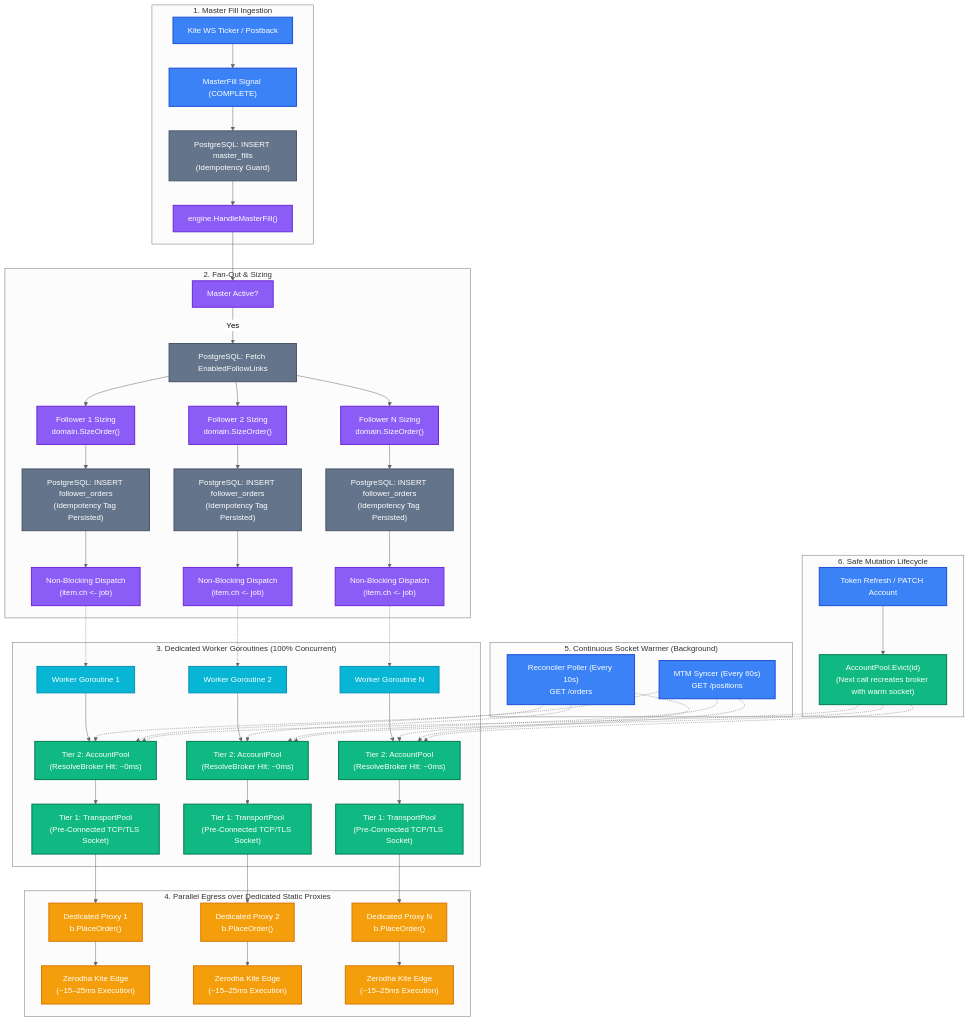
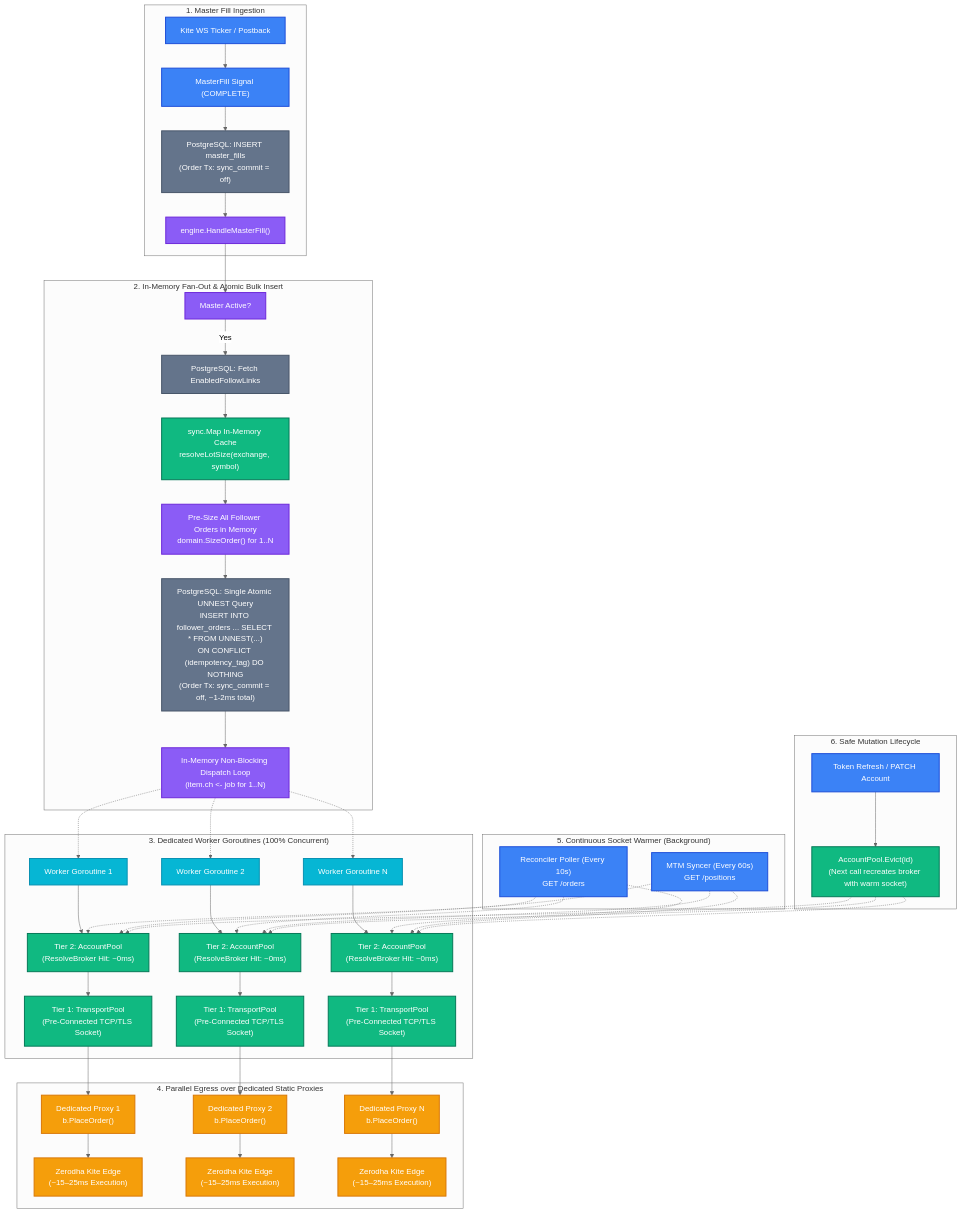
Before and after one commit to DragoHex/EnvoyTrade: the first of 2 diagrams in docs/FAN_OUT_MECHANISM_V2.md, drawn with Mermaid (neutral theme). The commit also changed other lines of this file and 5 other files, not shown here.

First line of the commit message:
docs: update V2 fan-out architecture specification and add optimization plans

````diff
--- a/docs/FAN_OUT_MECHANISM_V2.md
+++ b/docs/FAN_OUT_MECHANISM_V2.md
@@ -9,73 +9,68 @@
 ```mermaid
 flowchart TD
     %% Styling
     classDef signal fill:#3b82f6,stroke:#1d4ed8,color:#ffffff,stroke-width:2px;
     classDef engine fill:#8b5cf6,stroke:#6d28d9,color:#ffffff,stroke-width:2px;
     classDef worker fill:#06b6d4,stroke:#0891b2,color:#ffffff,stroke-width:2px;
     classDef cache fill:#10b981,stroke:#047857,color:#ffffff,stroke-width:2px;
     classDef network fill:#f59e0b,stroke:#d97706,color:#ffffff,stroke-width:2px;
     classDef db fill:#64748b,stroke:#475569,color:#ffffff,stroke-width:2px;
 
     %% 1. Ingestion
     subgraph S1["1. Master Fill Ingestion"]
         WS["Kite WS Ticker / Postback"]:::signal --> MF["MasterFill Signal (COMPLETE)"]:::signal
-        MF --> DBM["PostgreSQL: INSERT master_fills<br/>(Idempotency Guard)"]:::db
+        MF --> DBM["PostgreSQL: INSERT master_fills<br/>(Order Tx: sync_commit = off)"]:::db
         DBM --> HMF["engine.HandleMasterFill()"]:::engine
     end
 
-    %% 2. Engine Fan-Out & Sizing
-    subgraph S2["2. Fan-Out & Sizing"]
+    %% 2. Engine Fan-Out & Bulk Sizing
+    subgraph S2["2. In-Memory Fan-Out & Atomic Bulk Insert"]
         HMF --> CHK["Master Active?"]:::engine
         CHK -- Yes --> EFL["PostgreSQL: Fetch EnabledFollowLinks"]:::db
         
-        EFL --> F1["Follower 1 Sizing<br/>domain.SizeOrder()"]:::engine
-        EFL --> F2["Follower 2 Sizing<br/>domain.SizeOrder()"]:::engine
-        EFL --> FN["Follower N Sizing<br/>domain.SizeOrder()"]:::engine
+        EFL --> LOT["sync.Map In-Memory Cache<br/>resolveLotSize(exchange, symbol)"]:::cache
+        LOT --> SIZE["Pre-Size All Follower Orders in Memory<br/>domain.SizeOrder() for 1..N"]:::engine
 
-        F1 --> DB1["PostgreSQL: INSERT follower_orders<br/>(Idempotency Tag Persisted)"]:::db
-        F2 --> DB2["PostgreSQL: INSERT follower_orders<br/>(Idempotency Tag Persisted)"]:::db
-        FN --> DBN["PostgreSQL: INSERT follower_orders<br/>(Idempotency Tag Persisted)"]:::db
+        SIZE --> BULK["PostgreSQL: Single Atomic UNNEST Query<br/>INSERT INTO follower_orders ... SELECT * FROM UNNEST(...)<br/>ON CONFLICT (idempotency_tag) DO NOTHING<br/>(Order Tx: sync_commit = off, ~1-2ms total)"]:::db
 
-        DB1 --> DISP1["Non-Blocking Dispatch<br/>(item.ch <- job)"]:::engine
-        DB2 --> DISP2["Non-Blocking Dispatch<br/>(item.ch <- job)"]:::engine
-        DBN --> DISPN["Non-Blocking Dispatch<br/>(item.ch <- job)"]:::engine
+        BULK --> DISP["In-Memory Non-Blocking Dispatch Loop<br/>(item.ch <- job for 1..N)"]:::engine
     end
 
     %% 3. Worker Pool (Parallel Execution)
     subgraph S3["3. Dedicated Worker Goroutines (100% Concurrent)"]
-        DISP1 -.-> W1["Worker Goroutine 1"]:::worker
-        DISP2 -.-> W2["Worker Goroutine 2"]:::worker
-        DISPN -.-> WN["Worker Goroutine N"]:::worker
+        DISP -.-> W1["Worker Goroutine 1"]:::worker
+        DISP -.-> W2["Worker Goroutine 2"]:::worker
+        DISP -.-> WN["Worker Goroutine N"]:::worker
 
         W1 --> T2_1["Tier 2: AccountPool<br/>(ResolveBroker Hit: ~0ms)"]:::cache
         W2 --> T2_2["Tier 2: AccountPool<br/>(ResolveBroker Hit: ~0ms)"]:::cache
         WN --> T2_N["Tier 2: AccountPool<br/>(ResolveBroker Hit: ~0ms)"]:::cache
 
         T2_1 --> T1_1["Tier 1: TransportPool<br/>(Pre-Connected TCP/TLS Socket)"]:::cache
         T2_2 --> T1_2["Tier 1: TransportPool<br/>(Pre-Connected TCP/TLS Socket)"]:::cache
         T2_N --> T1_N["Tier 1: TransportPool<br/>(Pre-Connected TCP/TLS Socket)"]:::cache
     end
 
     %% 4. Network Egress
     subgraph S4["4. Parallel Egress over Dedicated Static Proxies"]
         T1_1 --> P1["Dedicated Proxy 1<br/>b.PlaceOrder()"]:::network
         T1_2 --> P2["Dedicated Proxy 2<br/>b.PlaceOrder()"]:::network
         T1_N --> PN["Dedicated Proxy N<br/>b.PlaceOrder()"]:::network
 
         P1 --> Z1["Zerodha Kite Edge<br/>(~15–25ms Execution)"]:::network
         P2 --> Z2["Zerodha Kite Edge<br/>(~15–25ms Execution)"]:::network
         PN --> ZN["Zerodha Kite Edge<br/>(~15–25ms Execution)"]:::network
     end
 
     %% 5. Continuous Keep-Alive Backstop
     subgraph S5["5. Continuous Socket Warmer (Background)"]
         RP["Reconciler Poller (Every 10s)<br/>GET /orders"]:::signal -.-> T2_1 & T2_2 & T2_N
         MS["MTM Syncer (Every 60s)<br/>GET /positions"]:::signal -.-> T2_1 & T2_2 & T2_N
     end
 
     %% 6. Invalidation Hook
     subgraph S6["6. Safe Mutation Lifecycle"]
         REF["Token Refresh / PATCH Account"]:::signal --> EVICT["AccountPool.Evict(id)<br/>(Next call recreates broker with warm socket)"]:::cache
         EVICT -.-> T2_1 & T2_2 & T2_N
     end
 ```
````
